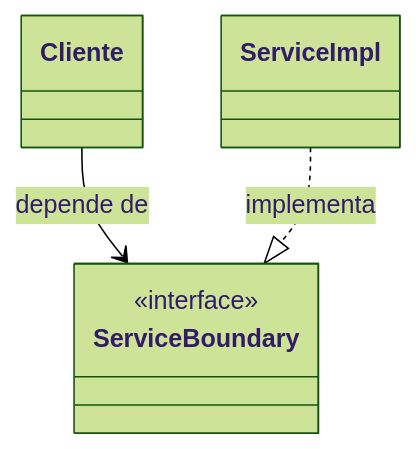
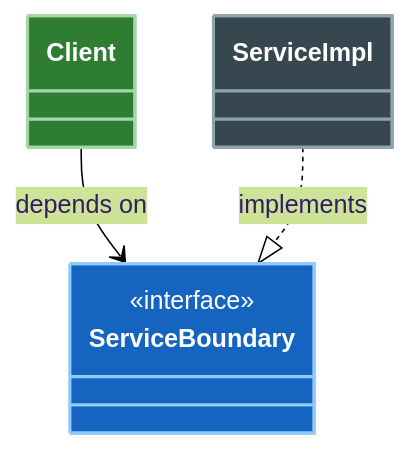
The first of 3 diagrams in 10-limites-parciales/02-estrategias-partial-boundaries.md (JavierMachucaA/clean-architecture-guia), drawn with Mermaid (forest theme) before and after one commit. The commit also changed other lines of this file and 45 other files, not shown here.

````diff
--- a/10-limites-parciales/02-estrategias-partial-boundaries.md
+++ b/10-limites-parciales/02-estrategias-partial-boundaries.md
@@ -17,10 +17,14 @@
 ```mermaid
 classDiagram
-    class Cliente
+    class Client
     class ServiceBoundary {
         <<interface>>
     }
     class ServiceImpl
-    Cliente --> ServiceBoundary : depende de
-    ServiceImpl ..|> ServiceBoundary : implementa
+    Client --> ServiceBoundary : depends on
+    ServiceImpl ..|> ServiceBoundary : implements
+
+    style Client fill:#2e7d32,stroke:#a5d6a7,color:#fff,stroke-width:2px
+    style ServiceBoundary fill:#1565c0,stroke:#90caf9,color:#fff,stroke-width:2px
+    style ServiceImpl fill:#37474f,stroke:#90a4ae,color:#fff,stroke-width:2px
 ```
````
